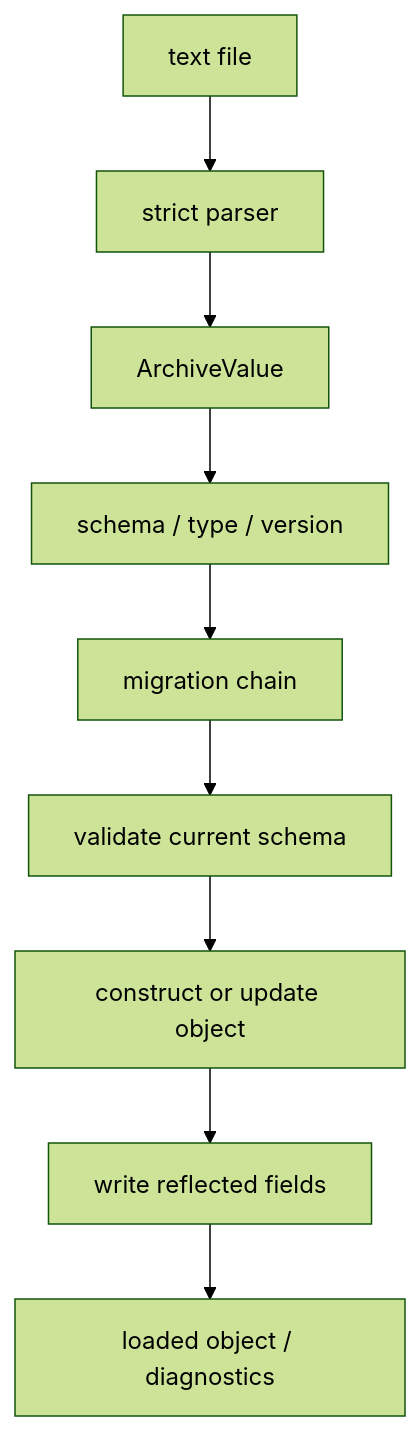
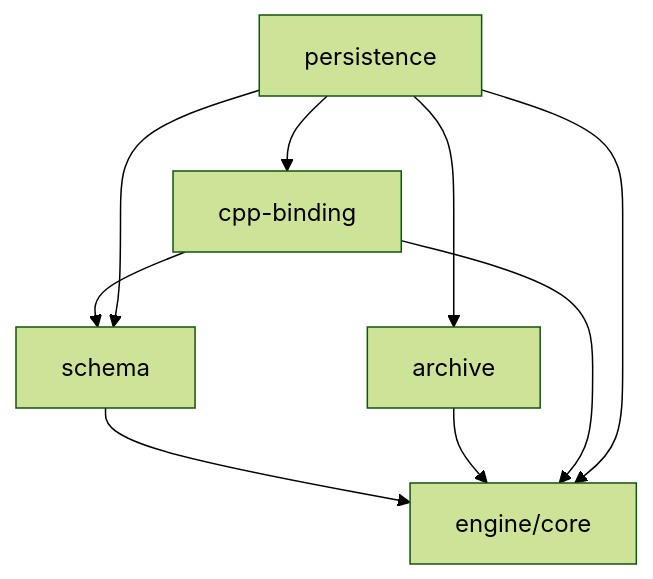
One commit to 66six11/Engine changed the diagram in docs/systems/reflection-serialization-plan.md. Above: the diagram before and after it, drawn with Mermaid (forest theme). The commit also changed other lines of this file and 10 other files, not shown here.

Commit message:
docs: reset schema persistence architecture

````diff
--- a/docs/systems/reflection-serialization-plan.md
+++ b/docs/systems/reflection-serialization-plan.md
@@ -491,15 +125,17 @@
 ```mermaid
 flowchart TD
-    File["text file"]
-    Parser["strict parser"]
-    Archive["ArchiveValue"]
-    Detect["schema / type / version"]
-    Migrate["migration chain"]
-    Validate["validate current schema"]
-    Construct["construct or update object"]
-    WriteFields["write reflected fields"]
-    Result["loaded object / diagnostics"]
+    Core["engine/core"]
+    Schema["schema"]
+    Archive["archive"]
+    Binding["cpp-binding"]
+    Persistence["persistence"]
 
-    File --> Parser --> Archive --> Detect
-    Detect --> Migrate --> Validate --> Construct --> WriteFields --> Result
+    Schema --> Core
+    Archive --> Core
+    Binding --> Core
+    Binding --> Schema
+    Persistence --> Core
+    Persistence --> Schema
+    Persistence --> Archive
+    Persistence --> Binding
 ```
````
